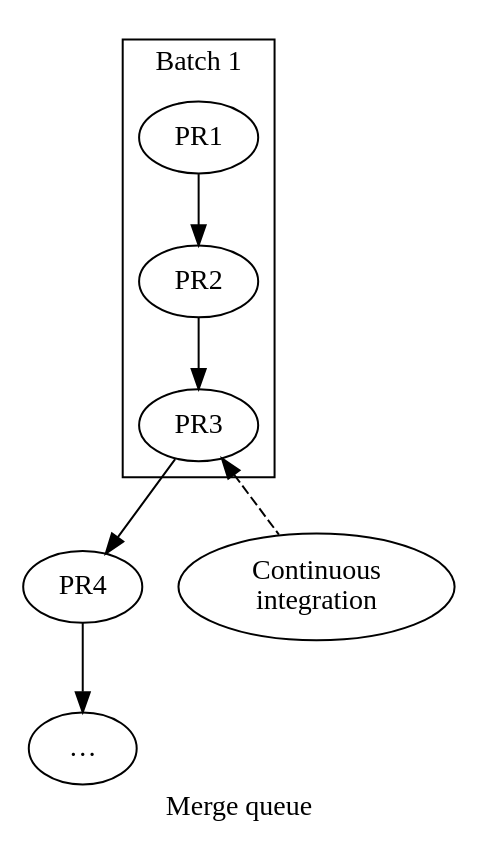
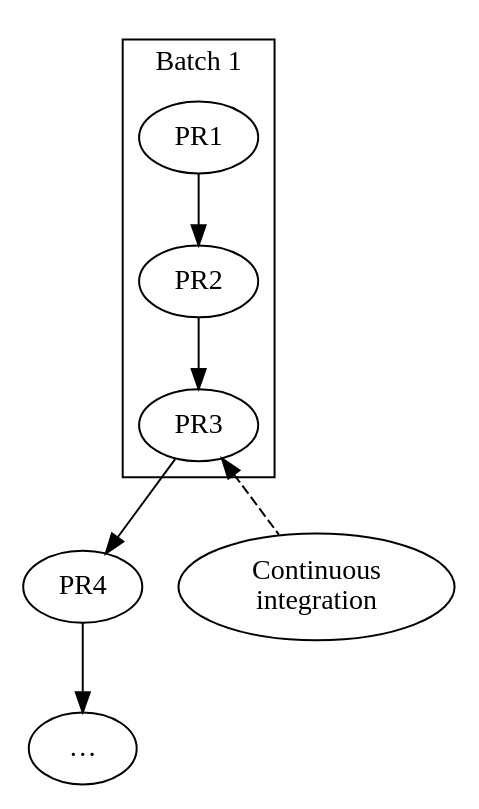
One commit to Mergifyio/docs changed the first of 2 diagrams in src/content/docs/merge-queue/batches.mdx. Above: the diagram before and after it, drawn with Graphviz. The commit also changed other lines of this file and 20 other files, not shown here.

First line of the commit message:
feat(diagrams): size by type, caption in HTML, one meaning per role

````diff
--- a/src/content/docs/merge-queue/batches.mdx
+++ b/src/content/docs/merge-queue/batches.mdx
@@ -54,21 +54,20 @@
-```dot class="queue"
+```dot class="queue" title="A batch of three pull requests is tested together, ahead of the rest of the queue"
 digraph {
-  label="Merge queue";
 
   subgraph cluster_batch1 {
     class="batch";
     label="Batch 1";
     PR1 [class="queued"];
     PR2 [class="queued"];
     PR3 [class="queued"];
     PR1 -> PR2 -> PR3;
   }
 
   PR4 [class="queued"];
   PR5 [label="…", class="queued"];
   PR3 -> PR4 -> PR5;
 
   CI [label="Continuous\nintegration", class="external"];
   PR3 -> CI [class="muted", style=dashed, dir=both, arrowhead=none, arrowtail=normal];
 }
 ```
````
